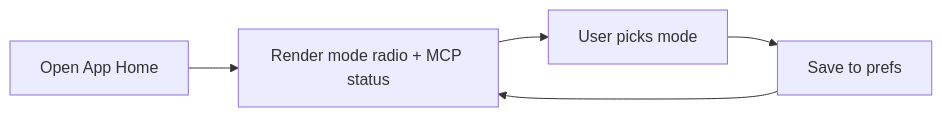
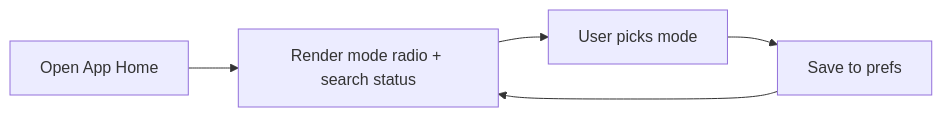
The fifth of 5 diagrams in README.md (faketut/AccessibilityAlly), drawn with Mermaid before and after one commit. The commit also changed 5 other files, not shown here.

First line of the commit message:
cleanup: rename isMcpConnected to isSearchEnabled; drop stale Phase 4.2 comment

````diff
--- a/README.md
+++ b/README.md
@@ -119,5 +119,5 @@
 ```mermaid
 flowchart LR
-  H[Open App Home] --> V[Render mode radio + MCP status]
+  H[Open App Home] --> V[Render mode radio + search status]
   V --> C[User picks mode] --> S[Save to prefs] --> V
 ```
````
